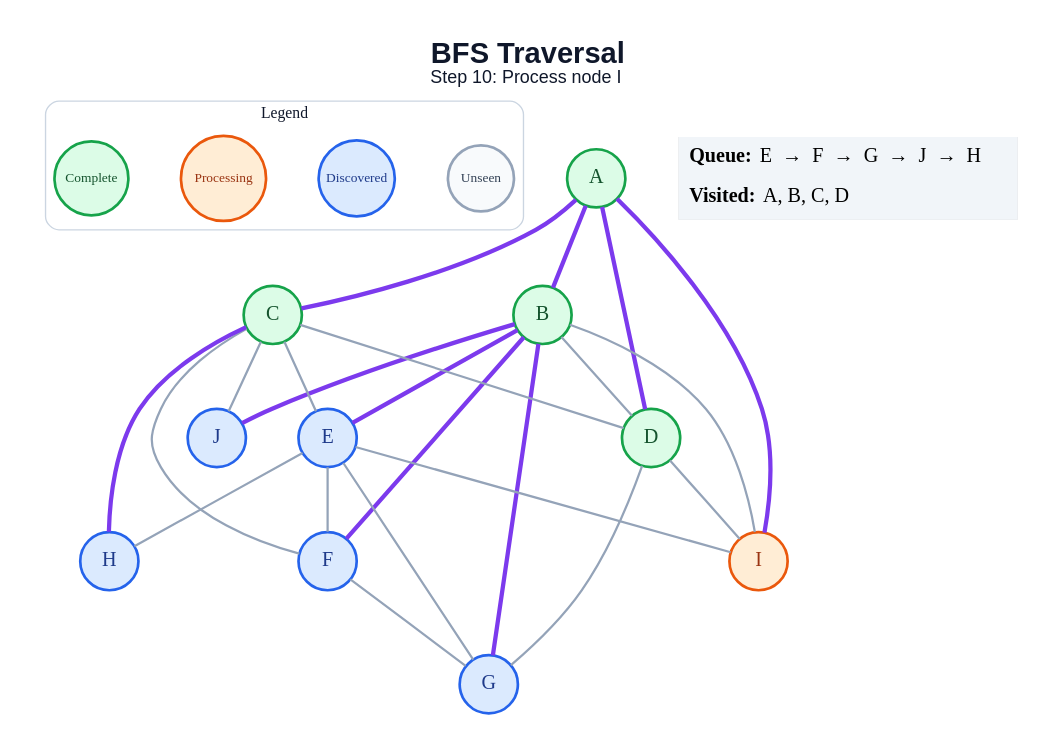
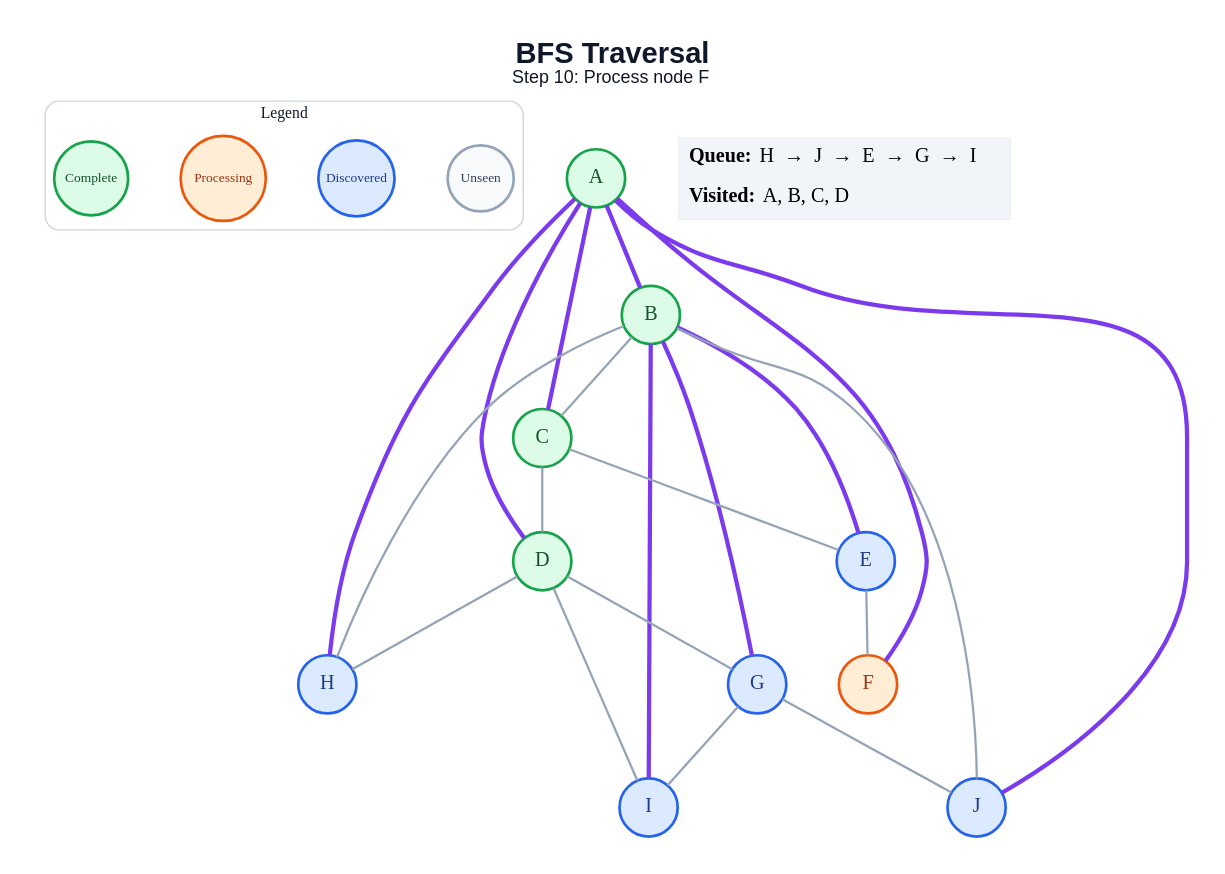
One commit to amanghodawala9/ai-slop changed the diagram in generated/bfs/step_10.dot. Above: the diagram before and after it, drawn with Graphviz. The commit also changed 178 other files, not shown here.

```diff
--- a/generated/bfs/step_10.dot
+++ b/generated/bfs/step_10.dot
@@ -1,51 +1,49 @@
 graph traversal {
   graph [layout=dot, rankdir=TB, bgcolor="#FFFFFF", pad="0.35", nodesep="0.65", ranksep="0.8", fontname="Arial"];
   node [shape=circle, style="filled", fontname="Arial Bold", fontsize=18, width=0.72, fixedsize=true, penwidth=2.4];
   edge [color="#94A3B8", penwidth=2.0];
-  label=<<B>BFS Traversal</B><BR/><FONT POINT-SIZE="16">Step 10: Process node I</FONT>>; labelloc="t"; fontsize=26; fontname="Arial"; fontcolor="#0F172A";
+  label=<<B>BFS Traversal</B><BR/><FONT POINT-SIZE="16">Step 10: Process node F</FONT>>; labelloc="t"; fontsize=26; fontname="Arial"; fontcolor="#0F172A";
   subgraph cluster_legend { label="Legend"; color="#CBD5E1"; penwidth=1.2; style="rounded"; fontsize=14; fontname="Arial Bold";
     key_unseen [label="Unseen", fillcolor="#F8FAFC", color="#94A3B8", fontcolor="#334155", fontsize=12, width=0.82];
     key_frontier [label="Discovered", fillcolor="#DBEAFE", color="#2563EB", fontcolor="#1E3A8A", fontsize=12, width=0.95];
     key_current [label="Processing", fillcolor="#FFEDD5", color="#EA580C", fontcolor="#9A3412", fontsize=12, width=1.05];
     key_done [label="Complete", fillcolor="#DCFCE7", color="#16A34A", fontcolor="#14532D", fontsize=12, width=0.92];
     { rank=same; key_unseen; key_frontier; key_current; key_done; }
   }
   A [fillcolor="#DCFCE7", color="#16A34A", fontcolor="#14532D"];
   B [fillcolor="#DCFCE7", color="#16A34A", fontcolor="#14532D"];
   C [fillcolor="#DCFCE7", color="#16A34A", fontcolor="#14532D"];
   D [fillcolor="#DCFCE7", color="#16A34A", fontcolor="#14532D"];
   E [fillcolor="#DBEAFE", color="#2563EB", fontcolor="#1E3A8A"];
-  F [fillcolor="#DBEAFE", color="#2563EB", fontcolor="#1E3A8A"];
+  F [fillcolor="#FFEDD5", color="#EA580C", fontcolor="#9A3412"];
   G [fillcolor="#DBEAFE", color="#2563EB", fontcolor="#1E3A8A"];
   H [fillcolor="#DBEAFE", color="#2563EB", fontcolor="#1E3A8A"];
-  I [fillcolor="#FFEDD5", color="#EA580C", fontcolor="#9A3412"];
+  I [fillcolor="#DBEAFE", color="#2563EB", fontcolor="#1E3A8A"];
   J [fillcolor="#DBEAFE", color="#2563EB", fontcolor="#1E3A8A"];
   A -- B [color="#7C3AED", penwidth=3.8];
   A -- C [color="#7C3AED", penwidth=3.8];
   A -- D [color="#7C3AED", penwidth=3.8];
-  A -- I [color="#7C3AED", penwidth=3.8];
-  B -- D;
+  A -- F [color="#7C3AED", penwidth=3.8];
+  A -- H [color="#7C3AED", penwidth=3.8];
+  A -- J [color="#7C3AED", penwidth=3.8];
+  B -- C;
   B -- E [color="#7C3AED", penwidth=3.8];
-  B -- F [color="#7C3AED", penwidth=3.8];
   B -- G [color="#7C3AED", penwidth=3.8];
-  B -- I;
-  B -- J [color="#7C3AED", penwidth=3.8];
+  B -- H;
+  B -- I [color="#7C3AED", penwidth=3.8];
+  B -- J;
   C -- D;
   C -- E;
-  C -- F;
-  C -- H [color="#7C3AED", penwidth=3.8];
-  C -- J;
   D -- G;
+  D -- H;
   D -- I;
   E -- F;
-  E -- G;
-  E -- H;
-  E -- I;
-  F -- G;
+  G -- I;
+  G -- J;
   status [shape=plain, fixedsize=false, width=0, height=0, margin=0, label=<
     <TABLE BORDER="0" CELLBORDER="0" CELLPADDING="7" BGCOLOR="#F1F5F9">
-      <TR><TD ALIGN="LEFT"><B>Queue:</B> E  →  F  →  G  →  J  →  H</TD></TR>
+      <TR><TD ALIGN="LEFT"><B>Queue:</B> H  →  J  →  E  →  G  →  I</TD></TR>
       <TR><TD ALIGN="LEFT"><B>Visited:</B> A, B, C, D</TD></TR>
     </TABLE>
   >];
 }
```
